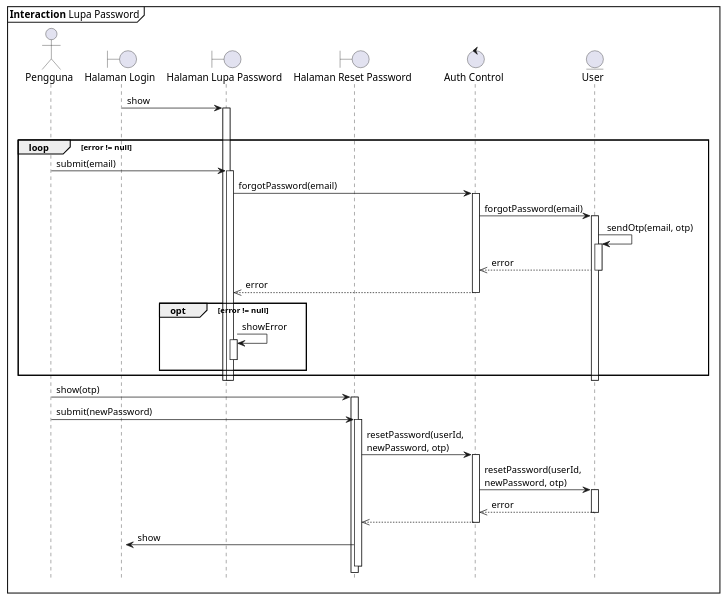
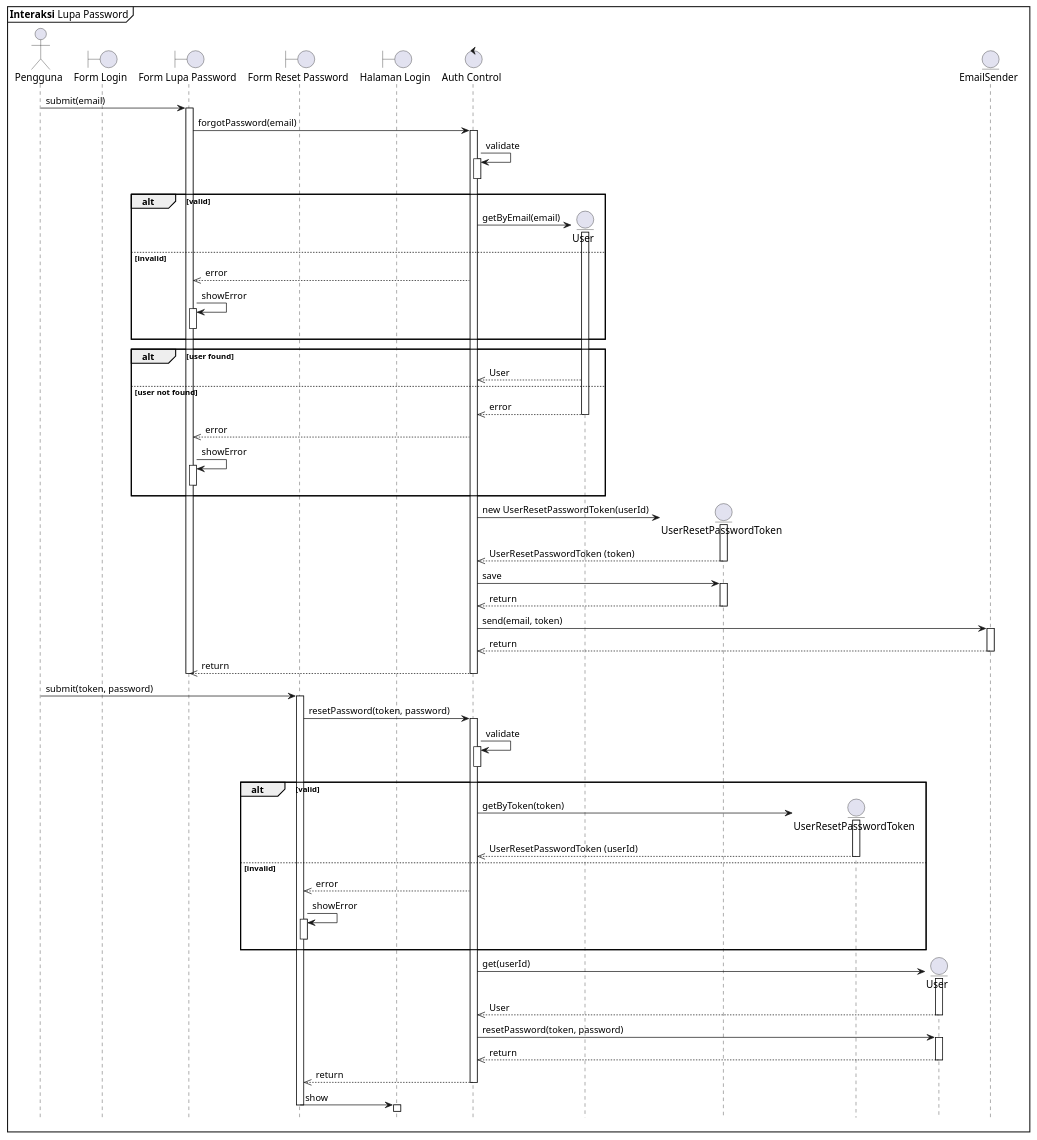
One commit to clarestarahma/manajemen-investasi changed the diagram in sequence/Lupa-Password.puml. Above: the diagram before and after it, drawn with PlantUML. The commit also changed 3 other files, not shown here.

Commit message:
mengubah sequence auth

```diff
--- a/sequence/Lupa-Password.puml
+++ b/sequence/Lupa-Password.puml
@@ -1,43 +1,110 @@
-@startuml
+@startuml Sequence
 
 hide footbox
-autoactivate on
-mainframe **Interaction** Lupa Password
-skinparam maxMessageSize 200
 
-actor "Pengguna" as P
+mainframe **Interaksi** Lupa Password
+
+actor "Pengguna"
+boundary "Form Login" as FL
+boundary "Form Lupa Password" as FLP
+boundary "Form Reset Password" as FRP
 boundary "Halaman Login" as HL
-boundary "Halaman Lupa Password" as HLP
-boundary "Halaman Reset Password" as HRP
 control "Auth Control" as AC
-entity "User" as user
+entity "User" as User
+entity "UserResetPasswordToken" as URPT
+entity "UserResetPasswordToken" as URPT2
+entity "User" as User2
+entity "EmailSender" as ES
 
-HL -> HLP : show
-deactivate HL
-loop error != null
-    P -> HLP: submit(email)
-    HLP -> AC: forgotPassword(email)
-    AC -> user: forgotPassword(email)
-    user -> user: sendOtp(email, otp)
-    user -->> AC: error
-    AC -->> HLP: error
-    opt error != null
-        HLP -> HLP: showError
-        deactivate HLP 
-    end
+Pengguna -> FLP : submit(email)
+activate FLP
+
+FLP -> AC : forgotPassword(email)
+activate AC
+
+AC -> AC : validate
+activate AC
+deactivate AC
+
+alt valid
+  AC -> User ** : getByEmail(email)
+  activate User
+else invalid
+  AC -->> FLP : error
+  FLP -> FLP : showError
+  activate FLP
+  deactivate FLP
 end
 
-deactivate user
-deactivate HLP
-deactivate HLP
-P -> HRP: show(otp) 
-P -> HRP: submit(newPassword)
-HRP -> AC: resetPassword(userId, newPassword, otp)
-AC -> user: resetPassword(userId, newPassword, otp) 
-user -->> AC: error
-AC -->> HRP: 
+alt user found
+  User -->> AC : User
+else user not found
+  User -->> AC : error
+  deactivate User
 
-HRP -> HL : show
-deactivate HRP
+  AC -->> FLP : error
+  FLP -> FLP : showError
+  activate FLP
+  deactivate FLP
+end
+
+AC -> URPT ** : new UserResetPasswordToken(userId)
+activate URPT
+URPT -->> AC : UserResetPasswordToken (token)
+deactivate URPT
+
+AC -> URPT : save
+activate URPT
+URPT -->> AC : return
+deactivate URPT
+
+
+AC -> ES : send(email, token)
+activate ES
+ES -->> AC : return
+deactivate ES
+
+AC -->> FLP : return
+deactivate AC
+deactivate FLP
+
+Pengguna -> FRP : submit(token, password)
+activate FRP
+
+FRP -> AC : resetPassword(token, password)
+activate AC
+
+AC -> AC : validate
+activate AC
+deactivate AC
+
+alt valid
+  AC -> URPT2 ** : getByToken(token)
+  activate URPT2
+  URPT2 -->> AC : UserResetPasswordToken (userId)
+  deactivate URPT2
+else invalid
+  AC -->> FRP : error
+  FRP -> FRP : showError
+  activate FRP
+  deactivate FRP
+end
+
+AC -> User2 ** : get(userId)
+activate User2
+User2 -->> AC : User
+deactivate User2
+
+AC -> User2 : resetPassword(token, password)
+activate User2
+User2 -->> AC : return
+deactivate User2
+
+AC -->> FRP : return
+deactivate AC
+
+FRP -> HL : show
+deactivate FRP
+activate HL
 
 @enduml
```
